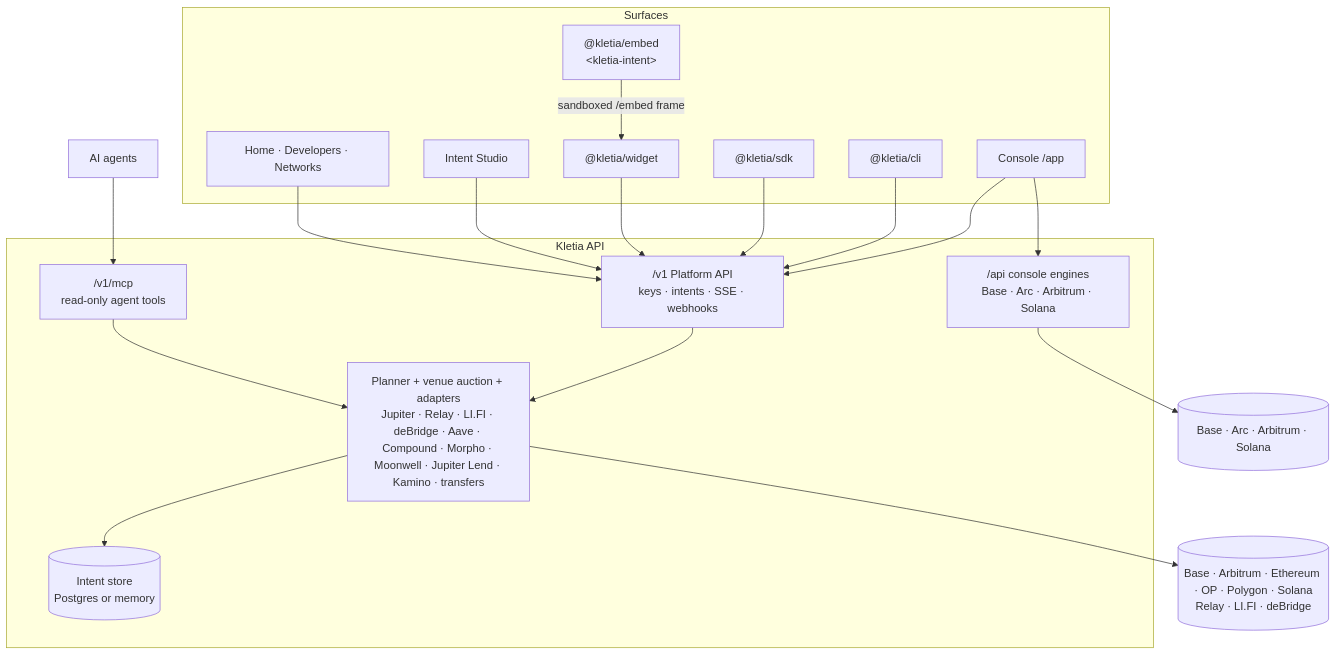
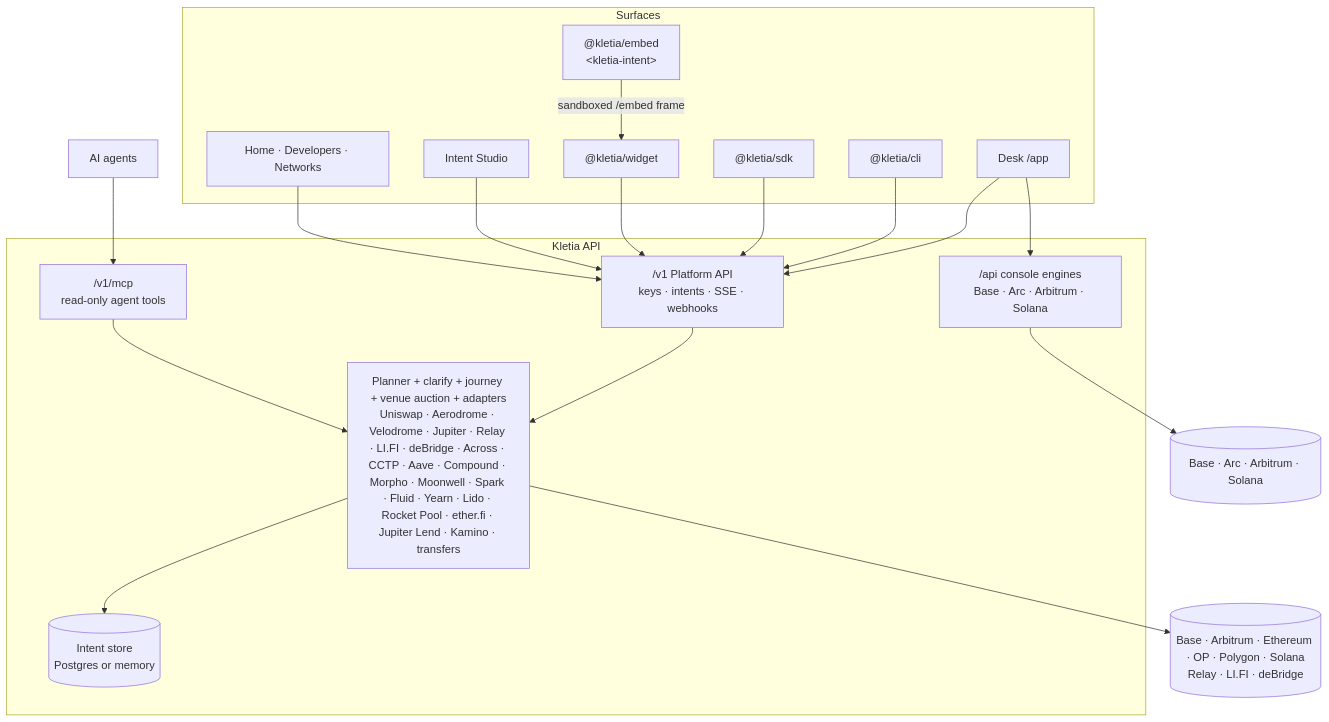
One commit to furkan3152/Kletia changed the second of 2 diagrams in README.md. Above: the diagram before and after it, drawn with Mermaid. The commit also changed other lines of this file and 14 other files, not shown here.

````diff
--- a/README.md
+++ b/README.md
@@ -242,27 +254,27 @@
 ```mermaid
 flowchart TB
     subgraph Surfaces
       Site[Home · Developers · Networks]
-      Console[Console /app]
+      Console[Desk /app]
       Studio[Intent Studio]
       Widget["@kletia/widget"]
       Embed["@kletia/embed<br/>&lt;kletia-intent&gt;"]
       SDK["@kletia/sdk"]
       CLI["@kletia/cli"]
     end
     subgraph API[Kletia API]
       V1["/v1 Platform API<br/>keys · intents · SSE · webhooks"]
       MCP["/v1/mcp<br/>read-only agent tools"]
-      Engine[Planner + venue auction + adapters<br/>Jupiter · Relay · LI.FI · deBridge · Aave · Compound · Morpho · Moonwell · Jupiter Lend · Kamino · transfers]
+      Engine[Planner + clarify + journey + venue auction + adapters<br/>Uniswap · Aerodrome · Velodrome · Jupiter · Relay · LI.FI · deBridge · Across · CCTP · Aave · Compound · Morpho · Moonwell · Spark · Fluid · Yearn · Lido · Rocket Pool · ether.fi · Jupiter Lend · Kamino · transfers]
       Store[(Intent store<br/>Postgres or memory)]
       AppApi["/api console engines<br/>Base · Arc · Arbitrum · Solana"]
     end
     Embed -->|"sandboxed /embed frame"| Widget
     Site & Studio & Widget & SDK & CLI --> V1
     Agents[AI agents] --> MCP --> Engine
     Console --> V1
     Console --> AppApi
     V1 --> Engine --> Store
     Engine --> Chains[(Base · Arbitrum · Ethereum · OP · Polygon · Solana<br/>Relay · LI.FI · deBridge)]
     AppApi --> Chains2[(Base · Arc · Arbitrum · Solana)]
 ```
````
